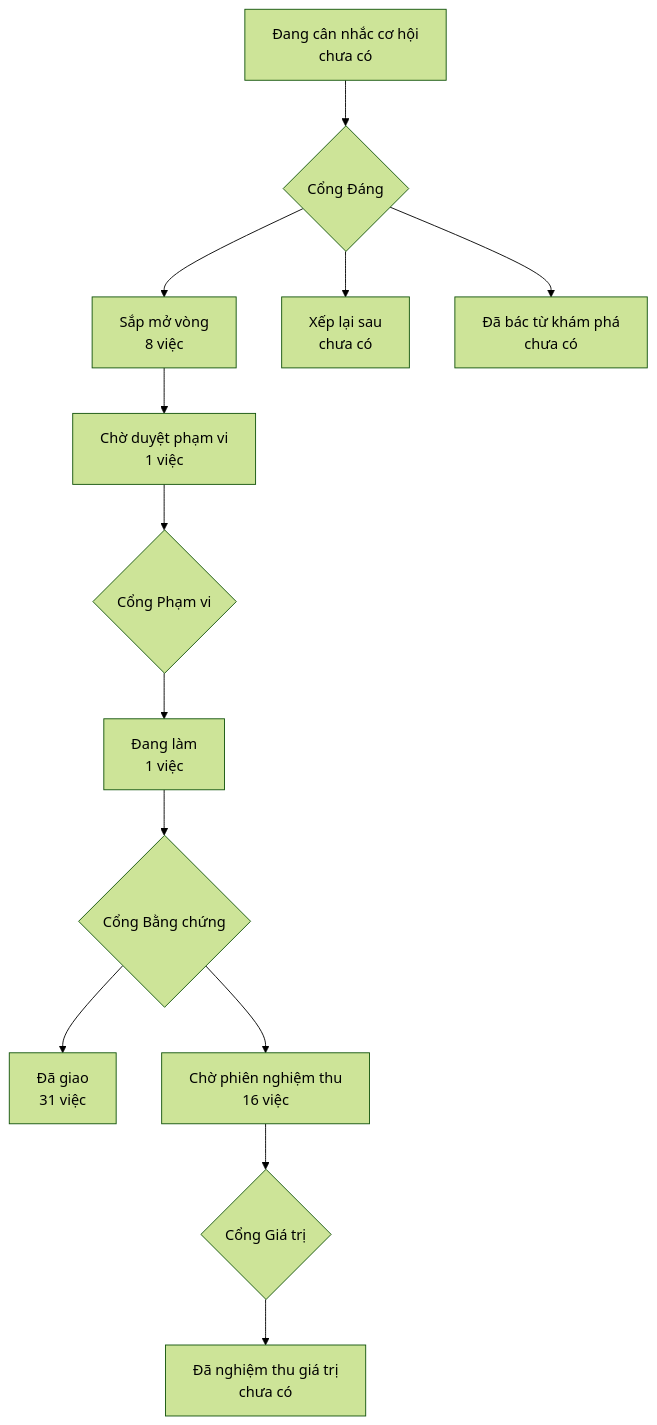
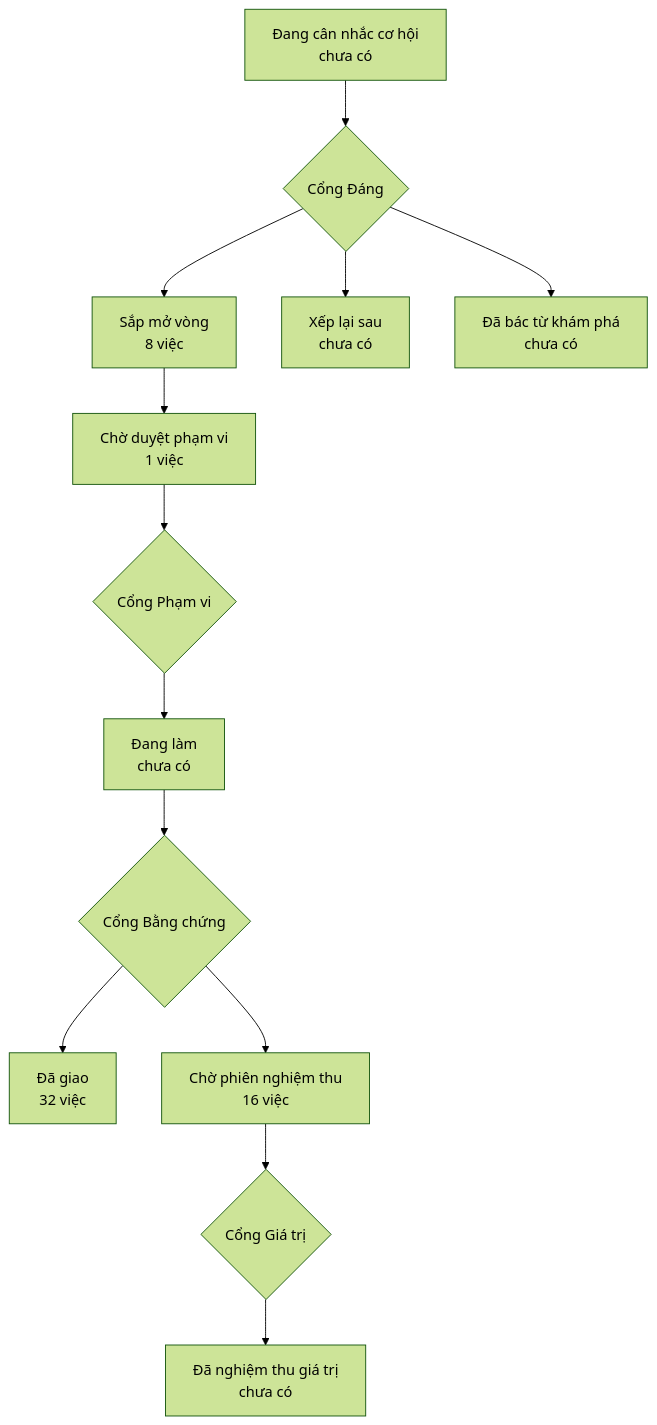
The diagram in PRODUCT-MAP.md (phanlemanh/onehub-invest), drawn with Mermaid (forest theme) before and after one commit. The commit also changed other lines of this file and 4 other files, not shown here.

````diff
--- a/PRODUCT-MAP.md
+++ b/PRODUCT-MAP.md
@@ -7,12 +7,12 @@
 ```mermaid
 flowchart TD
   A["Đang cân nhắc cơ hội<br/>chưa có"] --> GD{"Cổng Đáng"}
   GD --> B["Sắp mở vòng<br/>8 việc"]
   GD --> XL["Xếp lại sau<br/>chưa có"]
   GD --> DB["Đã bác từ khám phá<br/>chưa có"]
   B --> CD["Chờ duyệt phạm vi<br/>1 việc"] --> GP{"Cổng Phạm vi"}
-  GP --> DL["Đang làm<br/>1 việc"] --> GB{"Cổng Bằng chứng"}
-  GB --> DG["Đã giao<br/>31 việc"]
+  GP --> DL["Đang làm<br/>chưa có"] --> GB{"Cổng Bằng chứng"}
+  GB --> DG["Đã giao<br/>32 việc"]
   GB --> CN["Chờ phiên nghiệm thu<br/>16 việc"] --> GG{"Cổng Giá trị"}
   GG --> NT["Đã nghiệm thu giá trị<br/>chưa có"]
 ```
````
